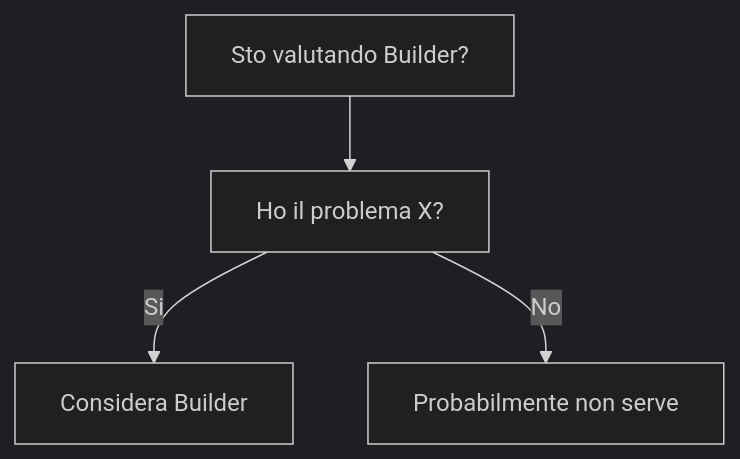
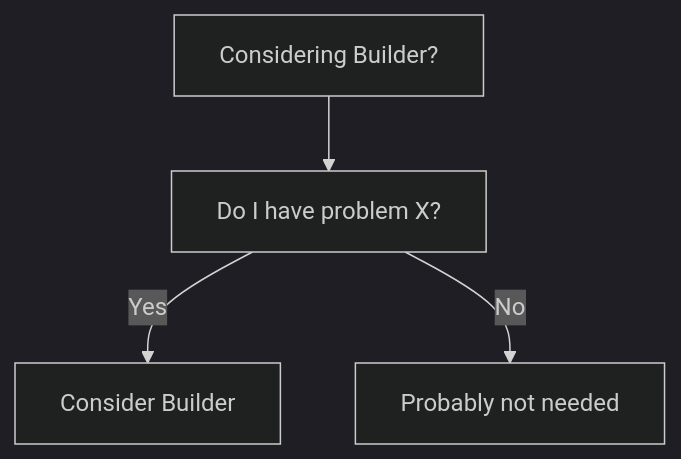
One commit to HxT9/Software-Dev-Wiki changed the diagram in dev-wiki/03_Design_Patterns/Creational/Builder/When_To_Use.md. Above: the diagram before and after it, drawn with Mermaid (dark theme). The commit also changed other lines of this file and 3444 other files, not shown here.

````diff
--- a/dev-wiki/03_Design_Patterns/Creational/Builder/When_To_Use.md
+++ b/dev-wiki/03_Design_Patterns/Creational/Builder/When_To_Use.md
@@ -19,6 +19,6 @@
 ```mermaid
 flowchart TD
-  Q[Sto valutando Builder?] --> Q1[Ho il problema X?]
-  Q1 -->|Si| OK[Considera Builder]
-  Q1 -->|No| NO[Probabilmente non serve]
+  Q[Considering Builder?] --> Q1[Do I have problem X?]
+  Q1 -->|Yes| OK[Consider Builder]
+  Q1 -->|No| NO[Probably not needed]
 ```
````
